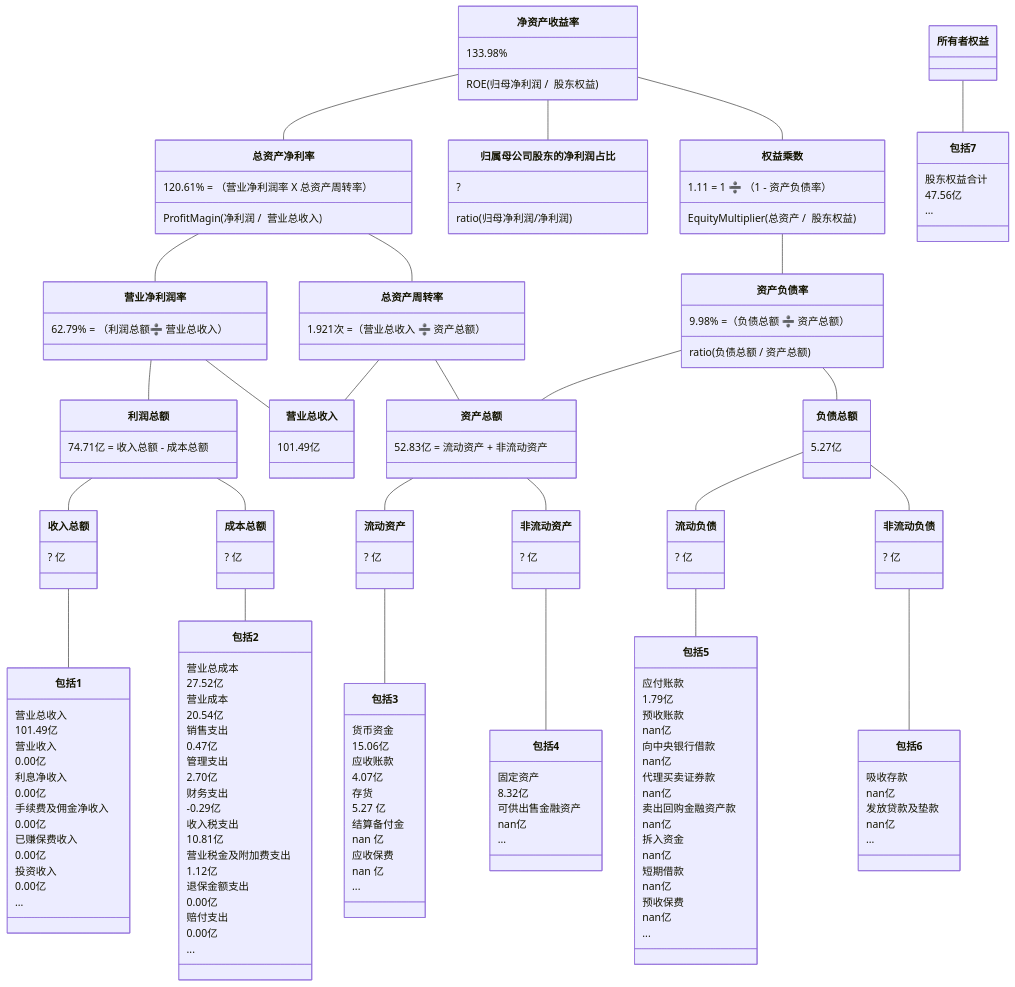
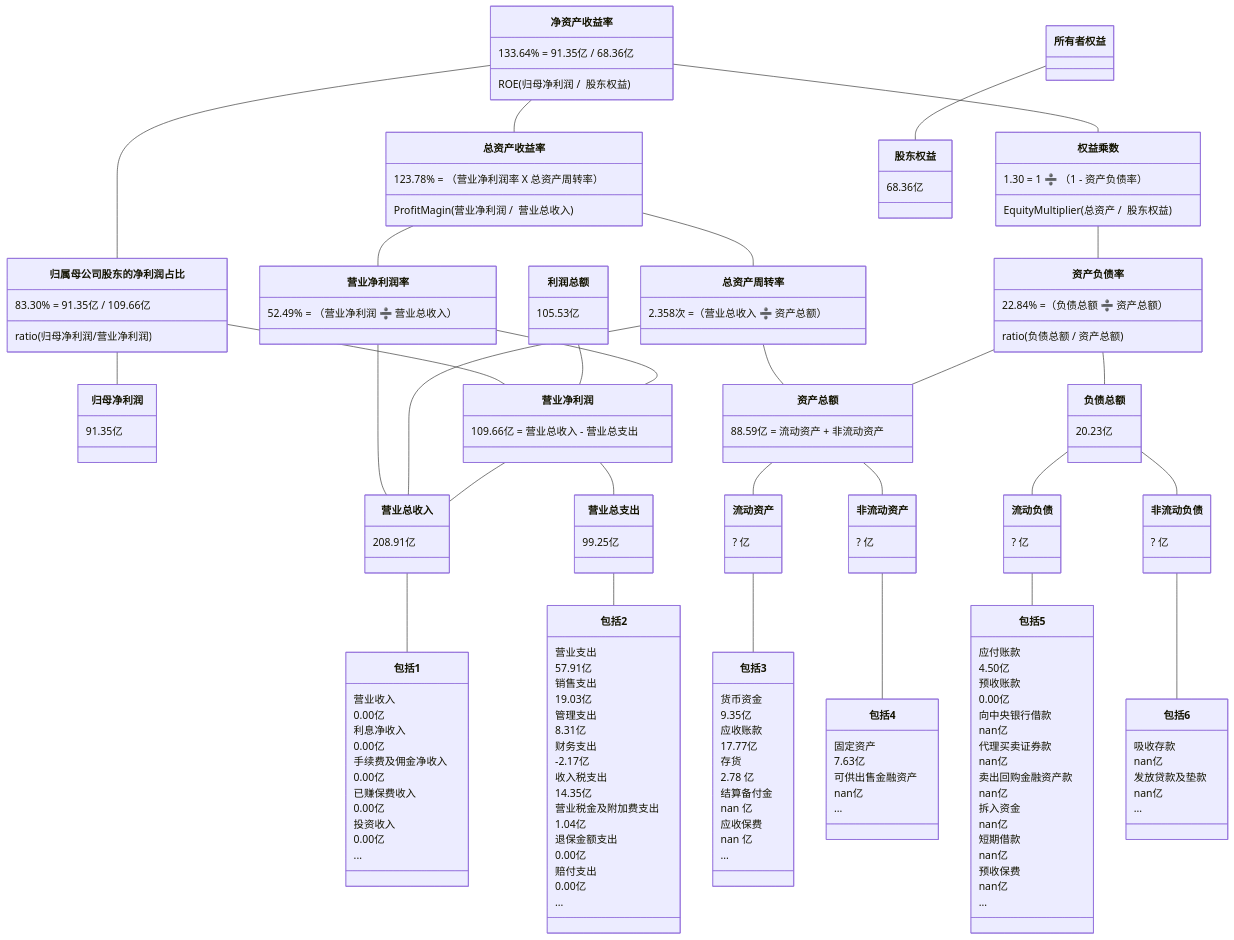
The seventh of 10 diagrams in 2/2.md (TheVeryDarkness/cs410), drawn with Mermaid before and after one commit. The commit also changed other lines of this file and 262 other files, not shown here.

````diff
--- a/2/2.md
+++ b/2/2.md
@@ -790,53 +897,55 @@
 ```mermaid
 classDiagram
-净资产收益率 -- 总资产净利率
-    净资产收益率 : 133.98%
+净资产收益率 -- 总资产收益率
+    净资产收益率 : 133.64% = 91.35亿 / 68.36亿
     净资产收益率 : ROE(归母净利润 /  股东权益)
-    总资产净利率 : 120.61% = （营业净利润率 X 总资产周转率）
-    总资产净利率 : ProfitMagin(净利润 /  营业总收入)
+    总资产收益率 : 123.78% = （营业净利润率 X 总资产周转率）
+    总资产收益率 : ProfitMagin(营业净利润 /  营业总收入)
 净资产收益率 -- 归属母公司股东的净利润占比
-	归属母公司股东的净利润占比 : ?
-	归属母公司股东的净利润占比 : ratio(归母净利润/净利润)
+	  归属母公司股东的净利润占比 : 83.30% = 91.35亿 / 109.66亿
+	  归属母公司股东的净利润占比 : ratio(归母净利润/营业净利润)
+归属母公司股东的净利润占比 -- 归母净利润
+    归母净利润 : 91.35亿
+归属母公司股东的净利润占比 -- 营业净利润
+利润总额 : 105.53亿
+利润总额 -- 营业净利润
 净资产收益率 -- 权益乘数
-    权益乘数 : 1.11 = 1 ➗ （1 - 资产负债率）
+    权益乘数 : 1.30 = 1 ➗ （1 - 资产负债率）
     权益乘数 : EquityMultiplier(总资产 /  股东权益)
-    
-总资产净利率 -- 营业净利润率
-    营业净利润率 : 62.79% = （利润总额➗ 营业总收入）
-总资产净利率 -- 总资产周转率
-    总资产周转率 : 1.921次 =（营业总收入 ➗ 资产总额）
+
+总资产收益率 -- 营业净利润率
+    营业净利润率 : 52.49% = （营业净利润 ➗ 营业总收入）
+总资产收益率 -- 总资产周转率
+    总资产周转率 : 2.358次 =（营业总收入 ➗ 资产总额）
 权益乘数 -- 资产负债率
-    资产负债率  : 9.98% =（负债总额 ➗ 资产总额）
+    资产负债率  : 22.84% =（负债总额 ➗ 资产总额）
     资产负债率  : ratio(负债总额 / 资产总额)
 
-营业净利润率 -- 利润总额
-   利润总额 : 74.71亿 = 收入总额 - 成本总额
+营业净利润率 -- 营业净利润
+    营业净利润 : 109.66亿 = 营业总收入 - 营业总支出
 营业净利润率 -- 营业总收入
-    营业总收入 : 101.49亿
 总资产周转率 -- 营业总收入
 总资产周转率 -- 资产总额
-    资产总额 : 52.83亿 = 流动资产 + 非流动资产
-资产负债率 -- 　负债总额
-    负债总额 : 5.27亿
-资产负债率 -- 　资产总额
+    资产总额 : 88.59亿 = 流动资产 + 非流动资产
+资产负债率 -- 负债总额
+    负债总额 : 20.23亿
+资产负债率 -- 资产总额
 
 
-利润总额 -- 收入总额
-    收入总额 : ? 亿
-利润总额 -- 成本总额
-    成本总额 : ? 亿
+营业净利润 -- 营业总收入
+    营业总收入 : 208.91亿
+营业净利润 -- 营业总支出
+    营业总支出 : 99.25亿
 资产总额 -- 流动资产
-	流动资产 : ? 亿
+	  流动资产 : ? 亿
 资产总额 -- 非流动资产
-	非流动资产 : ? 亿
+	  非流动资产 : ? 亿
 负债总额 -- 流动负债
-	流动负债 : ? 亿
+	  流动负债 : ? 亿
 负债总额 -- 非流动负债
-	非流动负债 : ? 亿
+	  非流动负债 : ? 亿
 
-收入总额 -- 包括1
-    包括1 : 营业总收入
-    包括1 : 101.49亿
+营业总收入 -- 包括1
     包括1 : 营业收入
     包括1 : 0.00亿
     包括1 : 利息净收入
@@ -848,21 +957,19 @@
     包括1 : 投资收入
     包括1 : 0.00亿
     包括1 : ...
-成本总额 -- 包括2
-    包括2 : 营业总成本
-    包括2 : 27.52亿
-    包括2 : 营业成本
-    包括2 : 20.54亿
+营业总支出 -- 包括2
+    包括2 : 营业支出
+    包括2 : 57.91亿
     包括2 : 销售支出
-    包括2 : 0.47亿
+    包括2 : 19.03亿
     包括2 : 管理支出
-    包括2 : 2.70亿
+    包括2 : 8.31亿
     包括2 : 财务支出
-    包括2 : -0.29亿
+    包括2 : -2.17亿
     包括2 : 收入税支出
-    包括2 : 10.81亿
+    包括2 : 14.35亿
     包括2 : 营业税金及附加费支出
-    包括2 : 1.12亿
+    包括2 : 1.04亿
     包括2 : 退保金额支出
     包括2 : 0.00亿
     包括2 : 赔付支出
@@ -870,11 +977,11 @@
     包括2 : ...
 流动资产 -- 包括3
     包括3 : 货币资金
-    包括3 : 15.06亿
+    包括3 : 9.35亿
     包括3 : 应收账款
-    包括3 : 4.07亿
+    包括3 : 17.77亿
     包括3 : 存货
-    包括3 : 5.27 亿
+    包括3 : 2.78 亿
     包括3 : 结算备付金
     包括3 : nan 亿
     包括3 : 应收保费
@@ -882,15 +989,15 @@
     包括3 : ...
 非流动资产 -- 包括4
     包括4 : 固定资产
-    包括4 : 8.32亿
+    包括4 : 7.63亿
     包括4 : 可供出售金融资产
     包括4 : nan亿
     包括4 : ...
 流动负债 -- 包括5
     包括5 : 应付账款
-    包括5 : 1.79亿
+    包括5 : 4.50亿
     包括5 : 预收账款
-    包括5 : nan亿
+    包括5 : 0.00亿
     包括5 : 向中央银行借款
     包括5 : nan亿
     包括5 : 代理买卖证券款
@@ -910,8 +1017,6 @@
     包括6 : 发放贷款及垫款
     包括6 : nan亿
     包括6 : ...
-所有者权益 -- 包括7
-    包括7 : 股东权益合计
-    包括7 : 47.56亿
-    包括7 : ...
+所有者权益 -- 股东权益
+    股东权益 : 68.36亿
 ```
````
